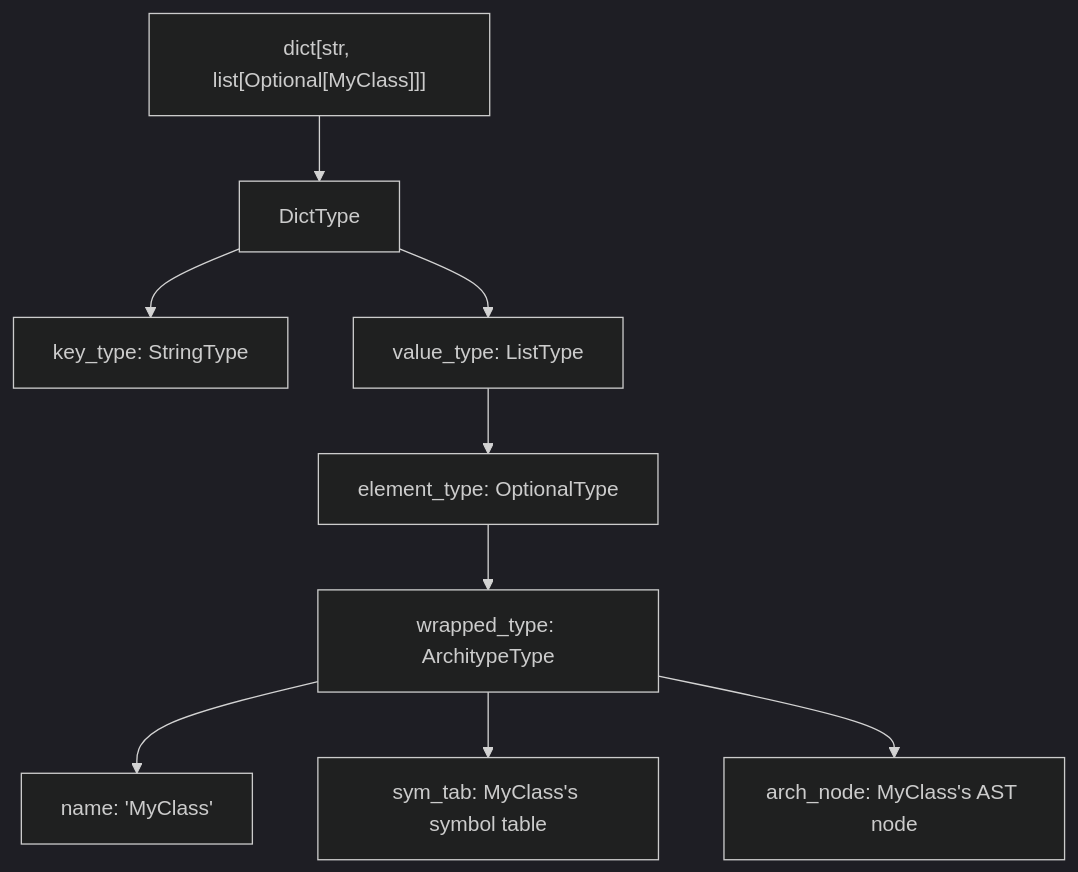
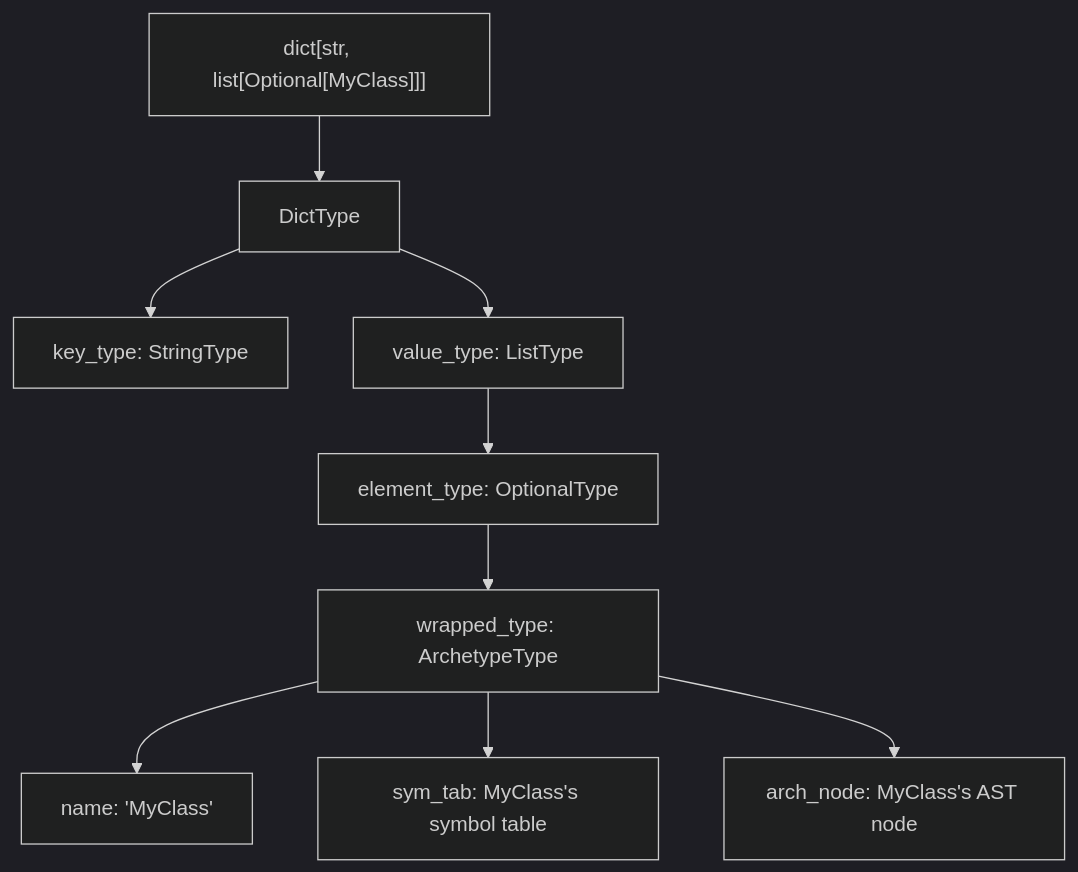
Before and after one commit to Jaseci-Labs/jaseci: the third of 3 diagrams in docs/docs/internals/planning_specs/native_type_system/type_representation.md, drawn with Mermaid (dark theme). The commit also changed other lines of this file and 85 other files, not shown here.

````diff
--- a/docs/docs/internals/planning_specs/native_type_system/type_representation.md
+++ b/docs/docs/internals/planning_specs/native_type_system/type_representation.md
@@ -230,11 +230,11 @@
 ```mermaid
 graph TD
     A["dict[str, list[Optional[MyClass]]]"] --> B["DictType"]
     B --> C["key_type: StringType"]
     B --> D["value_type: ListType"]
     D --> E["element_type: OptionalType"]
-    E --> F["wrapped_type: ArchitypeType"]
+    E --> F["wrapped_type: ArchetypeType"]
     F --> G["name: 'MyClass'"]
     F --> H["sym_tab: MyClass's symbol table"]
     F --> I["arch_node: MyClass's AST node"]
 ```
````
